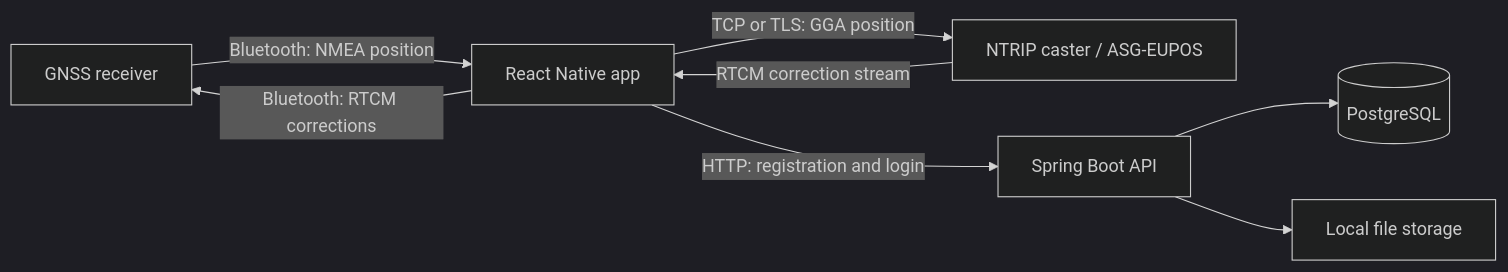
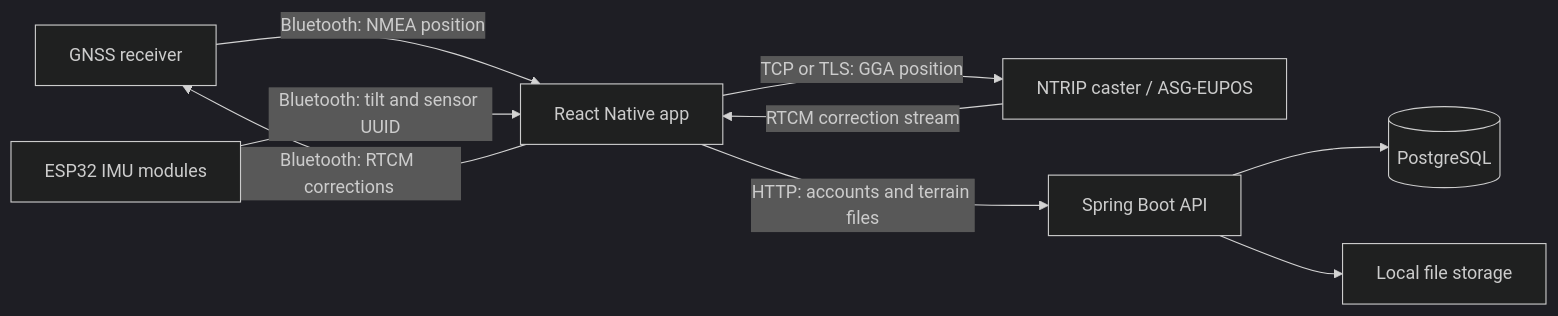
Before and after one commit to Tegris1/DualGps: the diagram in README.md, drawn with Mermaid (dark theme). The commit also changed other lines of this file and 4 other files, not shown here.

````diff
--- a/README.md
+++ b/README.md
@@ -34,10 +61,11 @@
 ```mermaid
 flowchart LR
     Receiver[GNSS receiver] -->|Bluetooth: NMEA position| App[React Native app]
     App -->|Bluetooth: RTCM corrections| Receiver
+    Sensors[ESP32 IMU modules] -->|Bluetooth: tilt and sensor UUID| App
     App -->|TCP or TLS: GGA position| Caster[NTRIP caster / ASG-EUPOS]
     Caster -->|RTCM correction stream| App
-    App -->|HTTP: registration and login| API[Spring Boot API]
+    App -->|HTTP: accounts and terrain files| API[Spring Boot API]
     API --> DB[(PostgreSQL)]
     API --> Storage[Local file storage]
 ```
````
